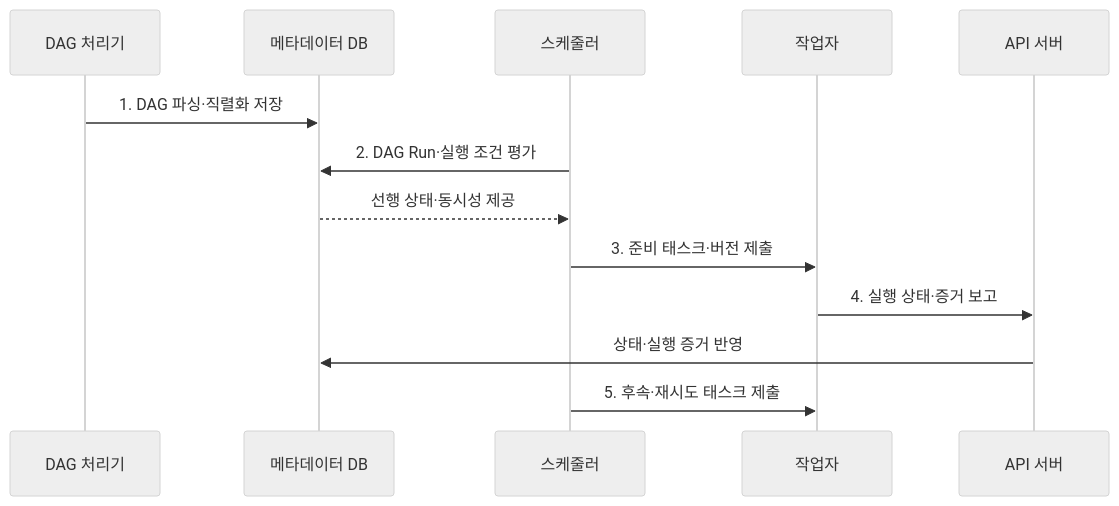
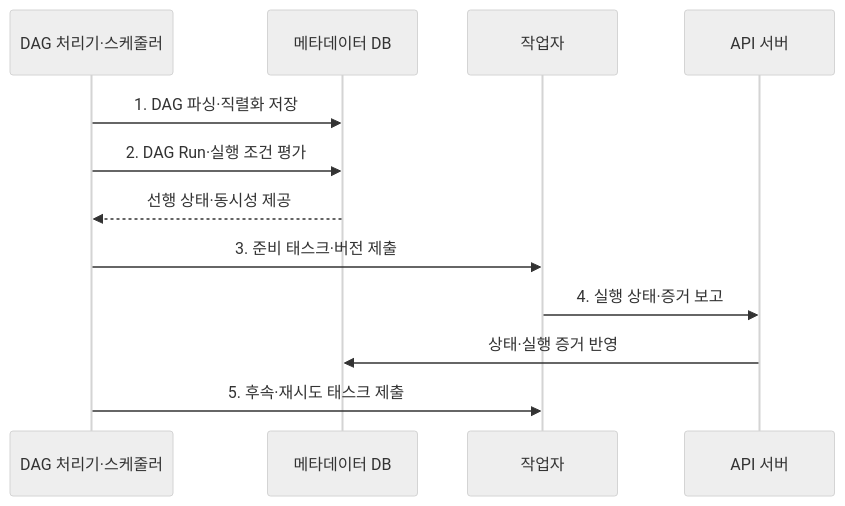
Before and after one commit to agnusdei1207/knowledge-base: the second of 2 diagrams in src/content/docs/notes/03-software/139_data_pipeline_orchestration.md, drawn with Mermaid (neutral theme). The commit also changed 9 other files, not shown here.

Commit message:
Trim data engineering diagram actors

````diff
--- a/src/content/docs/notes/03-software/139_data_pipeline_orchestration.md
+++ b/src/content/docs/notes/03-software/139_data_pipeline_orchestration.md
@@ -98,15 +98,14 @@
 ```mermaid
 sequenceDiagram
-    participant P as DAG 처리기
+    participant S as DAG 처리기·스케줄러
     participant M as 메타데이터 DB
-    participant S as 스케줄러
     participant W as 작업자
     participant A as API 서버
-    P->>M: 1. DAG 파싱·직렬화 저장
+    S->>M: 1. DAG 파싱·직렬화 저장
     S->>M: 2. DAG Run·실행 조건 평가
     M-->>S: 선행 상태·동시성 제공
     S->>W: 3. 준비 태스크·버전 제출
     W->>A: 4. 실행 상태·증거 보고
     A->>M: 상태·실행 증거 반영
     S->>W: 5. 후속·재시도 태스크 제출
 ```
````
